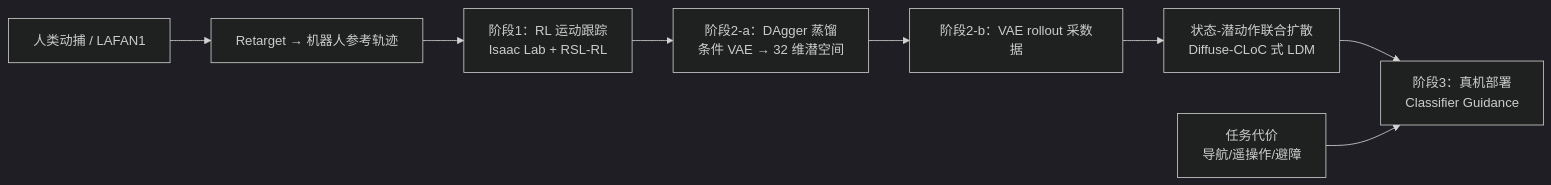
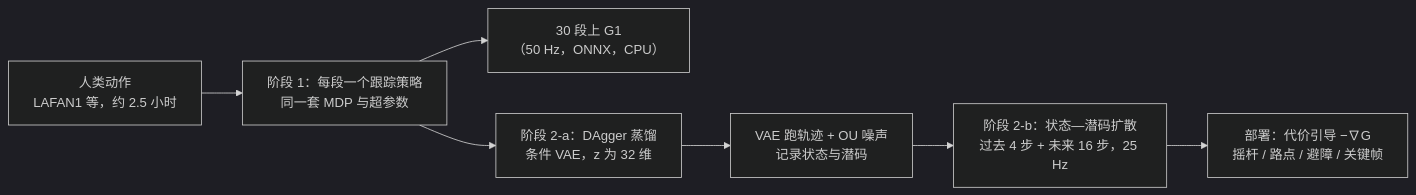
The first of 2 diagrams in papers/01_Foundational_RL/BeyondMimic/BeyondMimic.md (ImChong/Robot_Learning_Paper_Notebooks), drawn with Mermaid (dark theme) before and after one commit. The commit also changed other lines of this file and 15 other files, not shown here.

```diff
--- a/papers/01_Foundational_RL/BeyondMimic/BeyondMimic.md
+++ b/papers/01_Foundational_RL/BeyondMimic/BeyondMimic.md
@@ -117,10 +116,9 @@
 <div class="mermaid">
 flowchart LR
-    MoCap["人类动捕 / LAFAN1"] --> Retarget["Retarget → 机器人参考轨迹"]
-    Retarget --> RL["阶段1：RL 运动跟踪<br/>Isaac Lab + RSL-RL"]
-    RL --> VAE["阶段2-a：DAgger 蒸馏<br/>条件 VAE → 32 维潜空间"]
-    VAE --> Rollout["阶段2-b：VAE rollout 采数据"]
-    Rollout --> Diff["状态-潜动作联合扩散<br/>Diffuse-CLoC 式 LDM"]
-    Diff --> Deploy["阶段3：真机部署<br/>Classifier Guidance"]
-    Task["任务代价<br/>导航/遥操作/避障"] --> Deploy
+    MoCap["人类动作<br/>LAFAN1 等，约 2.5 小时"] --> Track["阶段 1：每段一个跟踪策略<br/>同一套 MDP 与超参数"]
+    Track --> Real["30 段上 G1<br/>（50 Hz，ONNX，CPU）"]
+    Track --> VAE["阶段 2-a：DAgger 蒸馏<br/>条件 VAE，z 为 32 维"]
+    VAE --> Roll["VAE 跑轨迹 + OU 噪声<br/>记录状态与潜码"]
+    Roll --> LDM["阶段 2-b：状态—潜码扩散<br/>过去 4 步 + 未来 16 步，25 Hz"]
+    LDM --> Guide["部署：代价引导 −∇G<br/>摇杆 / 路点 / 避障 / 关键帧"]
 </div>
```
